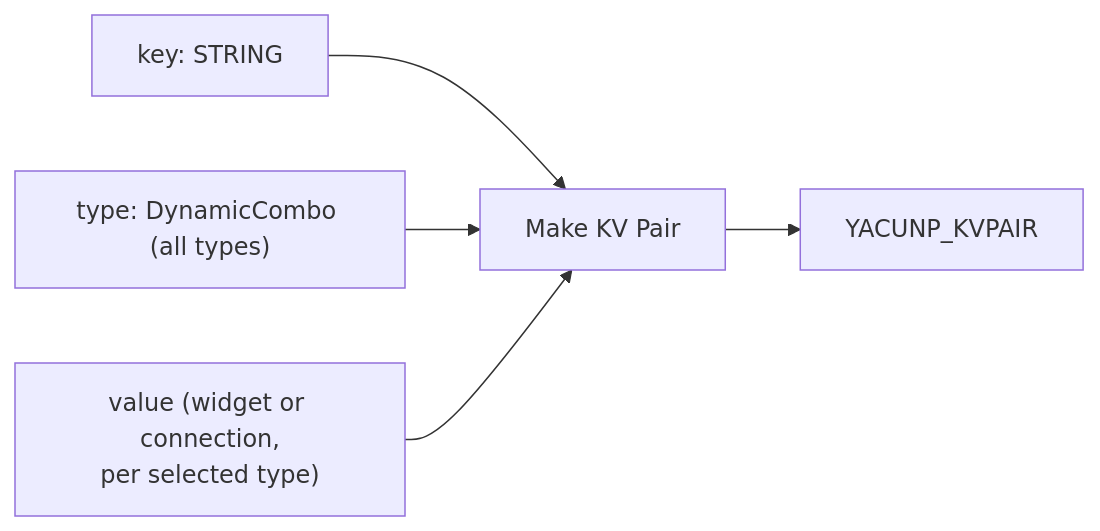
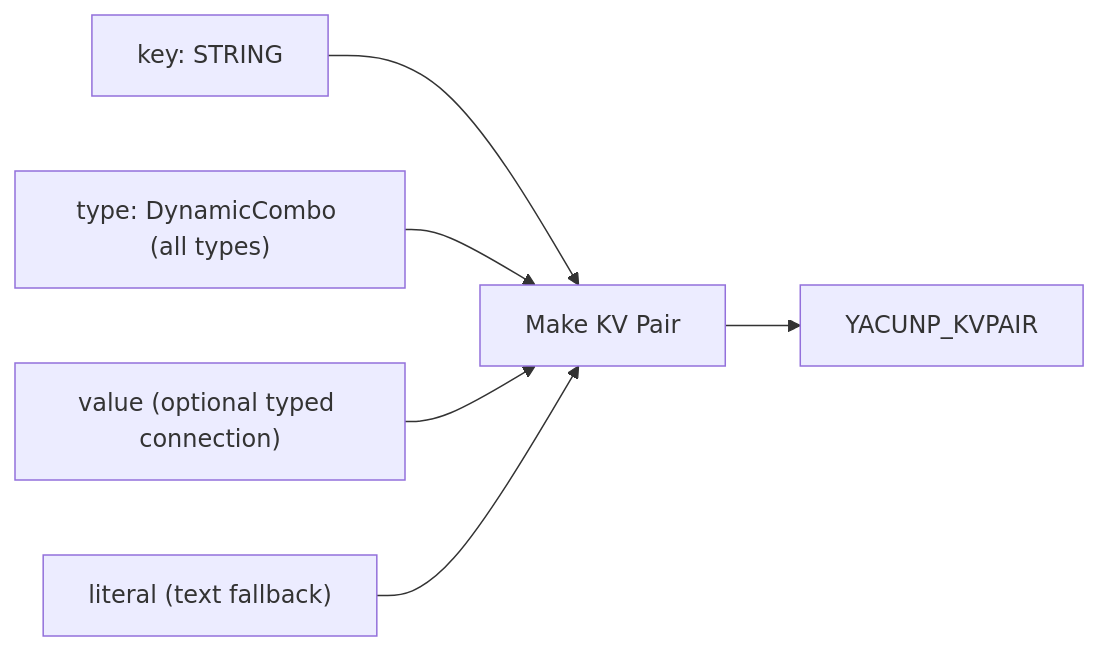
One commit to xiuuu4499/yacunp changed the first of 19 diagrams in NODE_LIST.md. Above: the diagram before and after it, drawn with Mermaid. The commit also changed other lines of this file and 4 other files, not shown here.

````diff
--- a/NODE_LIST.md
+++ b/NODE_LIST.md
@@ -49,7 +51,8 @@
 ```mermaid
 flowchart LR
   K[key: STRING] --> M[Make KV Pair]
   T["type: DynamicCombo (all types)"] --> M
-  V["value (widget or connection,<br/>per selected type)"] --> M
+  V["value (optional typed connection)"] --> M
+  L["literal (text fallback)"] --> M
   M --> P[YACUNP_KVPAIR]
 ```
````
